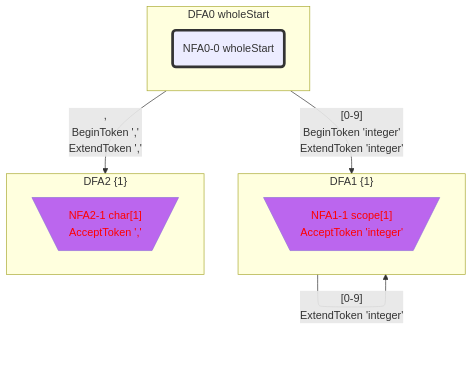
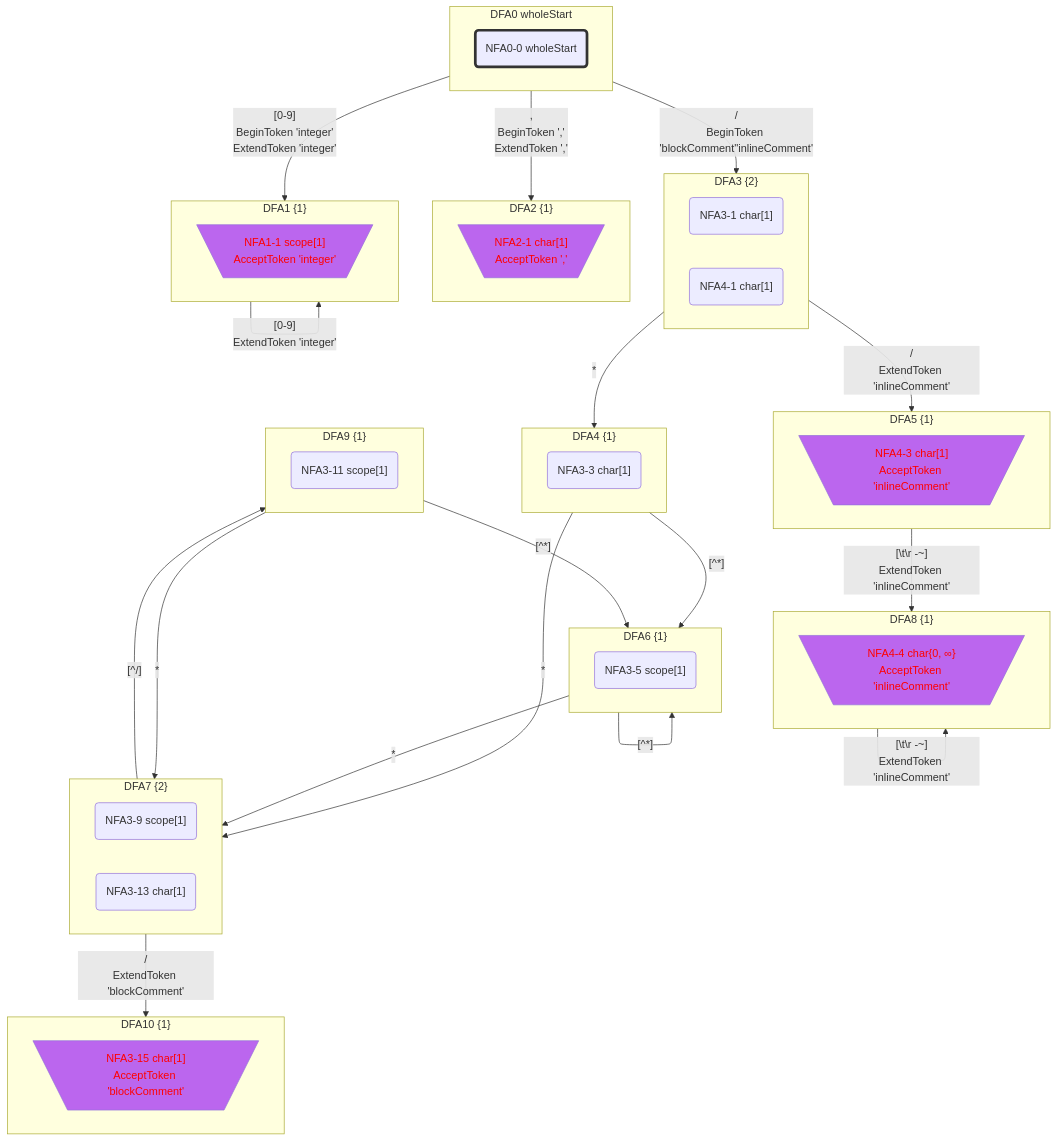
One commit to bitzhuwei/GrammarMentor changed the fourth of 7 diagrams in Practices/Practice.GeneratedXxxFormat.Test/GeneratedInts2/doc/LexicalStates.gen.md. Above: the diagram before and after it, drawn with Mermaid. The commit also changed other lines of this file and 3868 other files, not shown here.

````diff
--- a/Practices/Practice.GeneratedXxxFormat.Test/GeneratedInts2/doc/LexicalStates.gen.md
+++ b/Practices/Practice.GeneratedXxxFormat.Test/GeneratedInts2/doc/LexicalStates.gen.md
@@ -243,29 +548,82 @@
 classDef c1101 stroke:#333,stroke-width:4px,fill:#BB66EE,color:#FF0000;
 classDef c1110 stroke:#333,stroke-width:4px,fill:#BB66EE,stroke-dasharray: 10 10;
 classDef c1111 stroke:#333,stroke-width:4px,fill:#BB66EE,stroke-dasharray: 10 10,color:#FF0000;
-subgraph DFA0_585978999["DFA0 wholeStart"]
-NFA0_0_30399051_0("NFA0-0 wholeStart")
-class NFA0_0_30399051_0 c1000;
+subgraph DFA0_2038251495["DFA0 wholeStart"]
+NFA0_0_53808606_0("NFA0-0 wholeStart")
+class NFA0_0_53808606_0 c1000;
 end
-class DFA0_585978999 c1000;
-subgraph DFA1_1120076600["DFA1 {1}"]
-NFA1_1_55573455_1[\"NFA1-1 scope[1]
+class DFA0_2038251495 c1000;
+subgraph DFA1_1487296350["DFA1 {1}"]
+NFA1_1_35804895_1[\"NFA1-1 scope[1]
 AcceptToken 'integer'"/]
-class NFA1_1_55573455_1 c0101;
+class NFA1_1_35804895_1 c0101;
 end
-class DFA1_1120076600 c0101;
-subgraph DFA2_-1955808288["DFA2 {1}"]
-NFA2_1_5156011_2[\"NFA2-1 char[1]
+class DFA1_1487296350 c0101;
+subgraph DFA2_-1392431268["DFA2 {1}"]
+NFA2_1_14515408_2[\"NFA2-1 char[1]
 AcceptToken ','"/]
-class NFA2_1_5156011_2 c0101;
+class NFA2_1_14515408_2 c0101;
 end
-class DFA2_-1955808288 c0101;
-DFA0_585978999 -->|"[0-9]
+class DFA2_-1392431268 c0101;
+subgraph DFA3_1205905158["DFA3 {2}"]
+NFA3_1_63529816_3("NFA3-1 char[1]")
+NFA4_1_34897438_4("NFA4-1 char[1]")
+end
+subgraph DFA4_1973535163["DFA4 {1}"]
+NFA3_3_8120240_5("NFA3-3 char[1]")
+end
+subgraph DFA5_-1142252594["DFA5 {1}"]
+NFA4_3_45641491_6[\"NFA4-3 char[1]
+AcceptToken 'inlineComment'"/]
+class NFA4_3_45641491_6 c0101;
+end
+class DFA5_-1142252594 c0101;
+subgraph DFA6_-1142954445["DFA6 {1}"]
+NFA3_5_53759727_7("NFA3-5 scope[1]")
+end
+subgraph DFA7_-1142139582["DFA7 {2}"]
+NFA3_9_5973303_8("NFA3-9 scope[1]")
+NFA3_13_14075498_9("NFA3-13 char[1]")
+end
+subgraph DFA8_385616071["DFA8 {1}"]
+NFA4_4_59570626_10[\"NFA4-4 char{0, ∞}
+AcceptToken 'inlineComment'"/]
+class NFA4_4_59570626_10 c0101;
+end
+class DFA8_385616071 c0101;
+subgraph DFA9_-521944197["DFA9 {1}"]
+NFA3_11_60491410_11("NFA3-11 scope[1]")
+end
+subgraph DFA10_75909841["DFA10 {1}"]
+NFA3_15_66373591_12[\"NFA3-15 char[1]
+AcceptToken 'blockComment'"/]
+class NFA3_15_66373591_12 c0101;
+end
+class DFA10_75909841 c0101;
+DFA0_2038251495 -->|"[0-9]
 BeginToken 'integer'
-ExtendToken 'integer'"|DFA1_1120076600
-DFA0_585978999 -->|",
+ExtendToken 'integer'"|DFA1_1487296350
+DFA0_2038251495 -->|",
 BeginToken ','
-ExtendToken ','"|DFA2_-1955808288
-DFA1_1120076600 -->|"[0-9]
-ExtendToken 'integer'"|DFA1_1120076600
+ExtendToken ','"|DFA2_-1392431268
+DFA0_2038251495 -->|"/
+BeginToken 'blockComment''inlineComment'"|DFA3_1205905158
+DFA1_1487296350 -->|"[0-9]
+ExtendToken 'integer'"|DFA1_1487296350
+DFA3_1205905158 -->|"*"|DFA4_1973535163
+DFA3_1205905158 -->|"/
+ExtendToken 'inlineComment'"|DFA5_-1142252594
+DFA4_1973535163 -->|"[^*]"|DFA6_-1142954445
+DFA4_1973535163 -->|"*"|DFA7_-1142139582
+DFA5_-1142252594 -->|"[#92;t#92;r#32;-~]
+ExtendToken 'inlineComment'"|DFA8_385616071
+DFA6_-1142954445 -->|"[^*]"|DFA6_-1142954445
+DFA6_-1142954445 -->|"*"|DFA7_-1142139582
+DFA7_-1142139582 -->|"[^/]"|DFA9_-521944197
+DFA7_-1142139582 -->|"/
+ExtendToken 'blockComment'"|DFA10_75909841
+DFA8_385616071 -->|"[#92;t#92;r#32;-~]
+ExtendToken 'inlineComment'"|DFA8_385616071
+DFA9_-521944197 -->|"[^*]"|DFA6_-1142954445
+DFA9_-521944197 -->|"*"|DFA7_-1142139582
 ```
````
